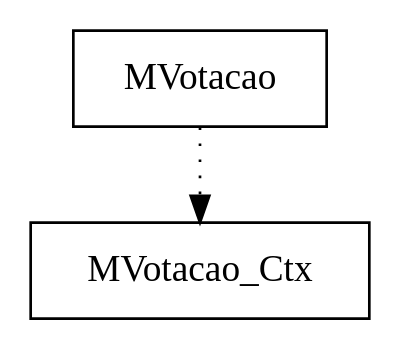
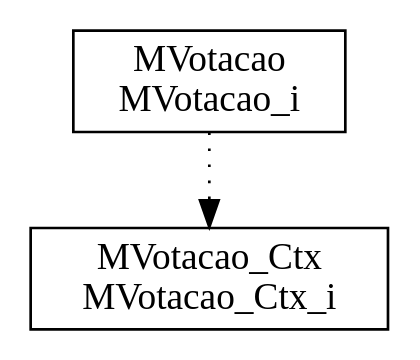
One commit to JosenildoVicente/sistemas_criticos_exercicio_escolar changed the diagram in bdp/exercicio_escolar.dot. Above: the diagram before and after it, drawn with Graphviz. The commit also changed 42 other files, not shown here.

```diff
--- a/bdp/exercicio_escolar.dot
+++ b/bdp/exercicio_escolar.dot
@@ -1,6 +1,6 @@
 digraph {
-MVotacao [ label=" MVotacao " shape= box ]
-MVotacao_Ctx [ label=" MVotacao_Ctx " shape= box ]
+MVotacao_Ctx_i [ label=" MVotacao_Ctx\nMVotacao_Ctx_i " shape= box ]
+MVotacao_i [ label=" MVotacao\nMVotacao_i " shape= box ]
 
-"MVotacao" -> "MVotacao_Ctx" [style= dotted ]
+"MVotacao_i" -> "MVotacao_Ctx_i" [style= dotted ]
 }
```
